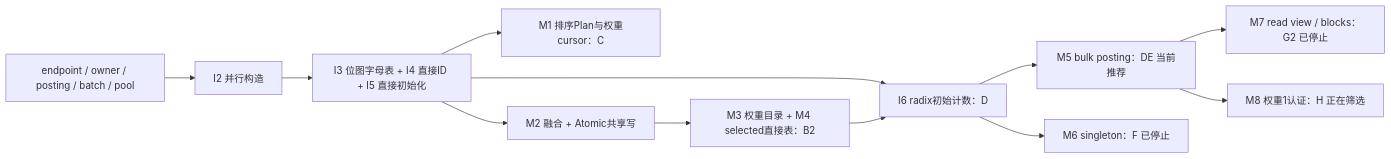
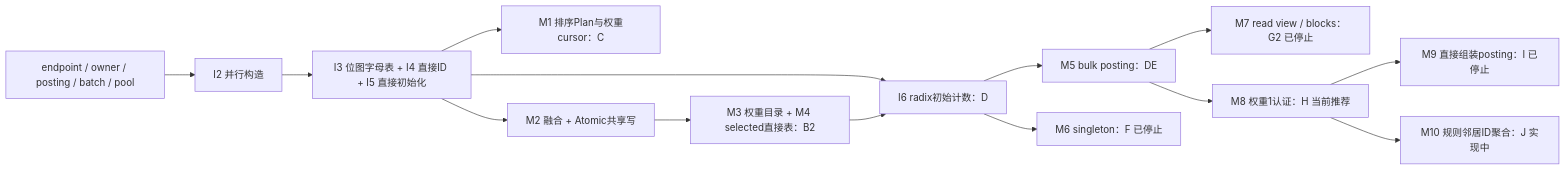
One commit to Yikai-Liao/tokenizers changed the diagram in benchmarks/hf-bpe/OPTIMIZATION_CATALOG.md. Above: the diagram before and after it, drawn with Mermaid. The commit also changed other lines of this file and 34 other files, not shown here.

Commit message:
Select weight fast path and record rejected direct commit trial

````diff
--- a/benchmarks/hf-bpe/OPTIMIZATION_CATALOG.md
+++ b/benchmarks/hf-bpe/OPTIMIZATION_CATALOG.md
@@ -63,14 +65,16 @@
 ```mermaid
 flowchart LR
   Core[endpoint / owner / posting / batch / pool] --> A[I2 并行构造]
   A --> C[I3 位图字母表 + I4 直接ID + I5 直接初始化]
   C --> Old[M1 排序Plan与权重cursor：C]
   C --> Fused[M2 融合 + Atomic共享写]
   Fused --> Lookup[M3 权重目录 + M4 selected直接表：B2]
   C --> Count[I6 radix初始计数：D]
   Lookup --> Count
-  Count --> Bulk[M5 bulk posting：DE 当前推荐]
+  Count --> Bulk[M5 bulk posting：DE]
   Count --> Singleton[M6 singleton：F 已停止]
   Bulk --> Views[M7 read view / blocks：G2 已停止]
-  Bulk --> Weight[M8 权重1认证：H 正在筛选]
+  Bulk --> Weight[M8 权重1认证：H 当前推荐]
+  Weight --> Commit[M9 直接组装posting：I 已停止]
+  Weight --> Aggregate[M10 规则邻居ID聚合：J 实现中]
 ```
````
